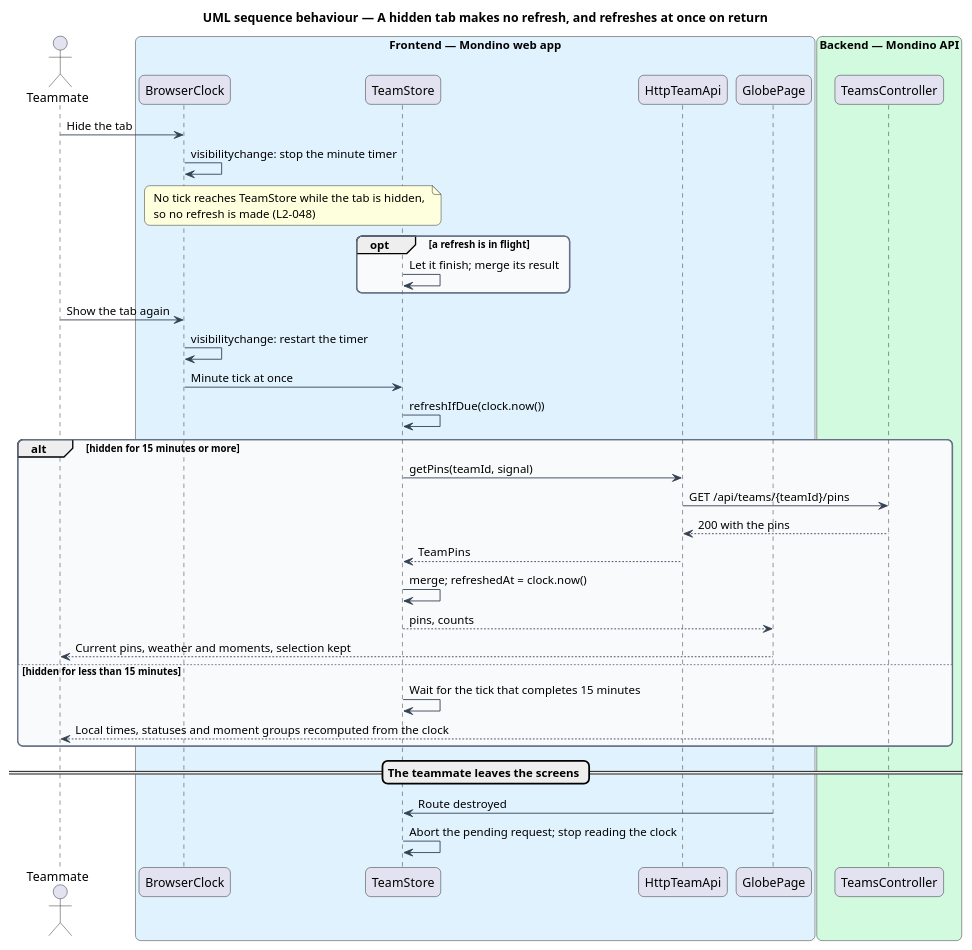
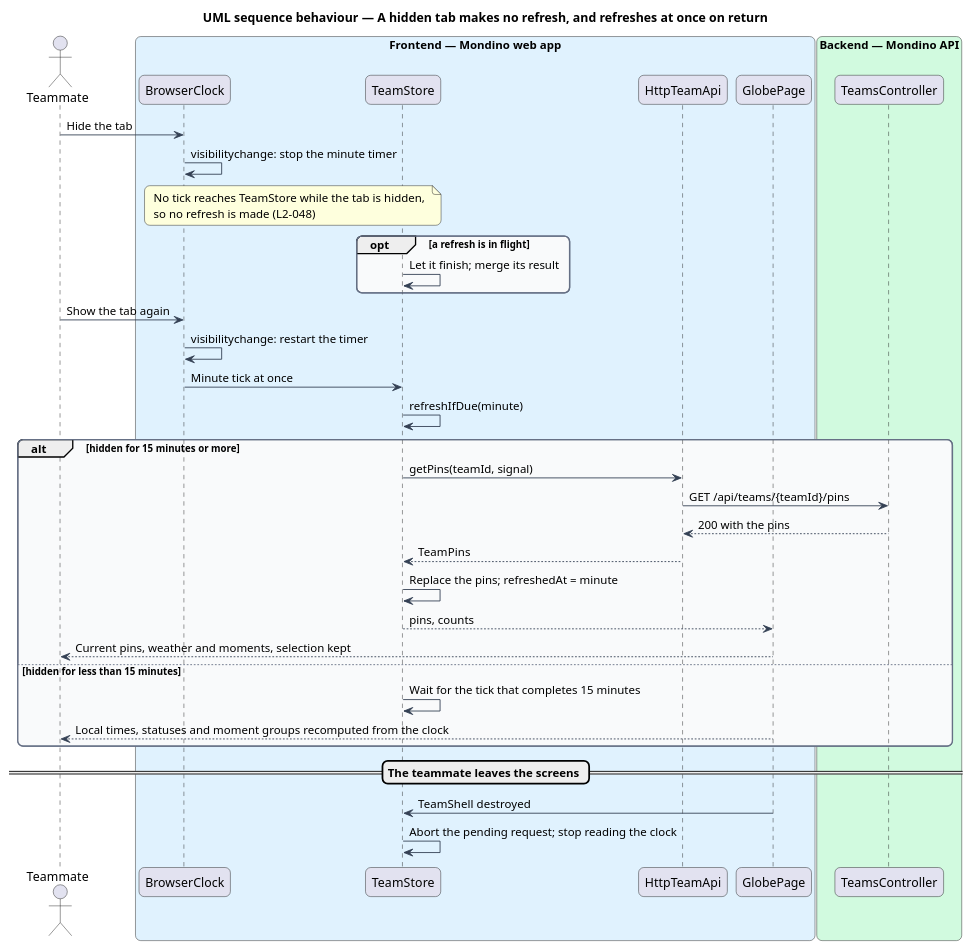
One commit to QuinntyneBrown/Mondino changed the diagram in docs/detailed-designs/team/keep-team-fresh/diagrams/sequence-hidden-and-return.puml. Above: the diagram before and after it, drawn with PlantUML. The commit also changed 12 other files, not shown here.

First line of the commit message:
Design the quiet refresh on one shell clock, with the viewer's settings in the pins

```diff
--- a/docs/detailed-designs/team/keep-team-fresh/diagrams/sequence-hidden-and-return.puml
+++ b/docs/detailed-designs/team/keep-team-fresh/diagrams/sequence-hidden-and-return.puml
@@ -1,52 +1,52 @@
 @startuml
 title UML sequence behaviour — A hidden tab makes no refresh, and refreshes at once on return
 skinparam backgroundColor #FFFFFF
 skinparam shadowing false
 skinparam roundcorner 12
 skinparam defaultFontName Arial
 skinparam ArrowColor #344054
 skinparam rectangle {
   BorderColor #344054
   FontColor #101828
 }
 skinparam package {
   BorderColor #667085
   FontColor #101828
   BackgroundColor #F9FAFB
 }
 actor "Teammate" as actor
 box "Frontend — Mondino web app" #E0F2FE
   participant "BrowserClock" as clock
   participant "TeamStore" as store
   participant "HttpTeamApi" as client
   participant "GlobePage" as page
 end box
 box "Backend — Mondino API" #D1FADF
   participant "TeamsController" as controller
 end box
 actor -> clock : Hide the tab
 clock -> clock : visibilitychange: stop the minute timer
 note over clock, store : No tick reaches TeamStore while the tab is hidden,\nso no refresh is made (L2-048)
 opt a refresh is in flight
   store -> store : Let it finish; merge its result
 end
 actor -> clock : Show the tab again
 clock -> clock : visibilitychange: restart the timer
 clock -> store : Minute tick at once
-store -> store : refreshIfDue(clock.now())
+store -> store : refreshIfDue(minute)
 alt hidden for 15 minutes or more
   store -> client : getPins(teamId, signal)
   client -> controller : GET /api/teams/{teamId}/pins
   controller --> client : 200 with the pins
   client --> store : TeamPins
-  store -> store : merge; refreshedAt = clock.now()
+  store -> store : Replace the pins; refreshedAt = minute
   store --> page : pins, counts
   page --> actor : Current pins, weather and moments, selection kept
 else hidden for less than 15 minutes
   store -> store : Wait for the tick that completes 15 minutes
   page --> actor : Local times, statuses and moment groups recomputed from the clock
 end
 == The teammate leaves the screens ==
-page -> store : Route destroyed
+page -> store : TeamShell destroyed
 store -> store : Abort the pending request; stop reading the clock
 @enduml
```
